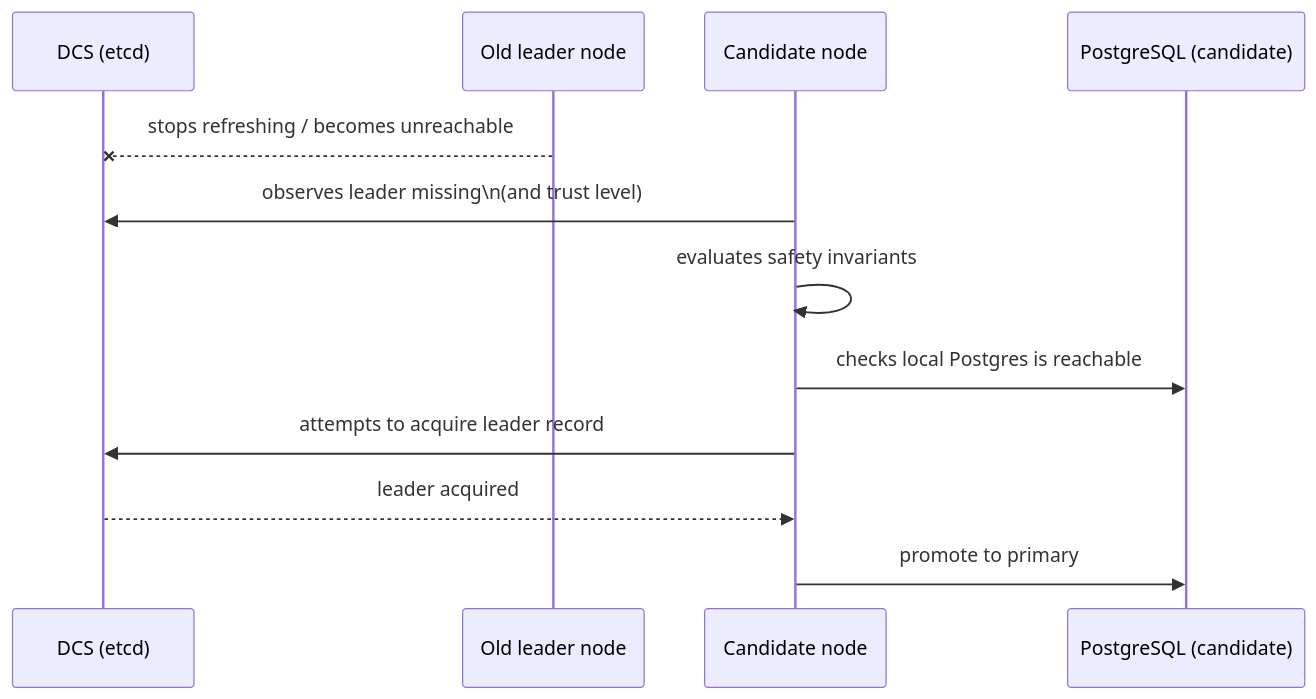
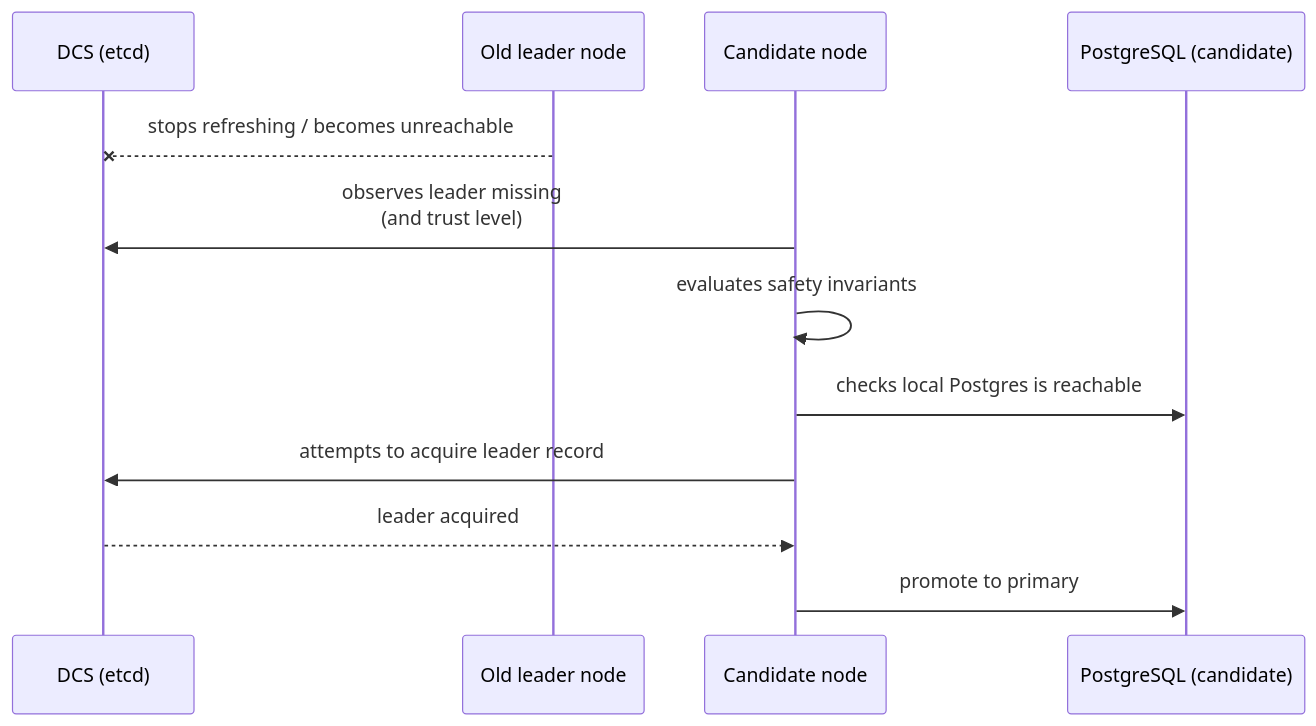
One commit to djosh34/pgtuskmaster_rust changed the first of 2 diagrams in docs/src/architecture/failover-and-recovery.md. Above: the diagram before and after it, drawn with Mermaid. The commit also changed 9 other files, not shown here.

Commit message:
docs: use <br/> in mermaid labels and lint against \n

````diff
--- a/docs/src/architecture/failover-and-recovery.md
+++ b/docs/src/architecture/failover-and-recovery.md
@@ -10,15 +10,15 @@
 ```mermaid
 sequenceDiagram
   participant ETCD as DCS (etcd)
   participant Old as Old leader node
   participant New as Candidate node
   participant PG as PostgreSQL (candidate)
 
   Old--xETCD: stops refreshing / becomes unreachable
-  New->>ETCD: observes leader missing\n(and trust level)
+  New->>ETCD: observes leader missing<br/>(and trust level)
   New->>New: evaluates safety invariants
   New->>PG: checks local Postgres is reachable
   New->>ETCD: attempts to acquire leader record
   ETCD-->>New: leader acquired
   New->>PG: promote to primary
 ```
````
